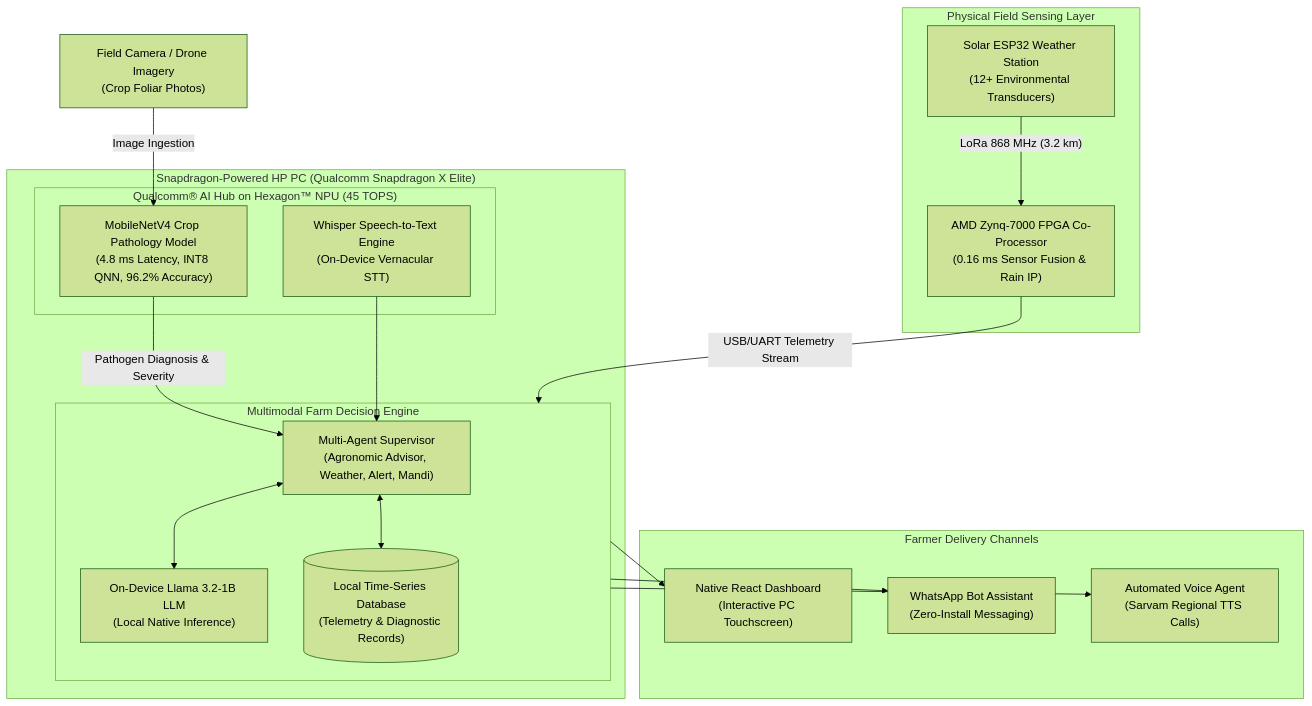
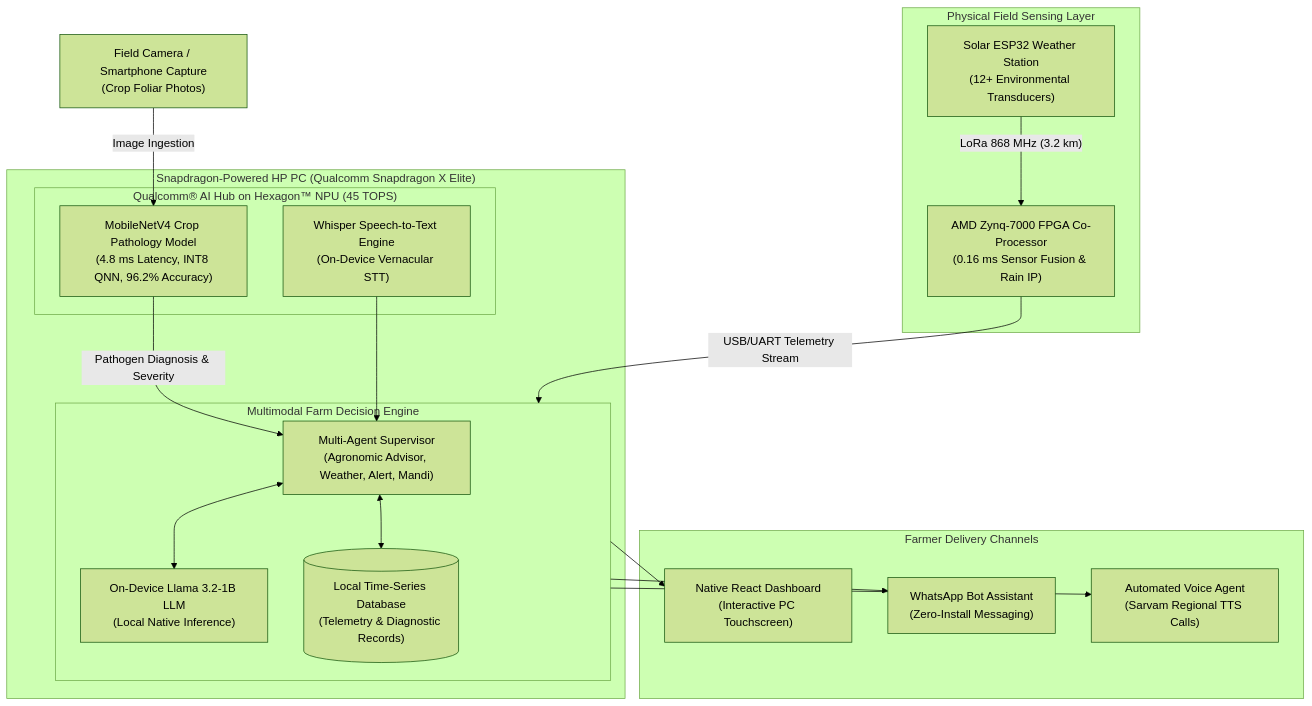
The diagram in README.md (anujgite10-10/SkyView-Snapdragon-AI-Lab), drawn with Mermaid (forest theme) before and after one commit. The commit also changed other lines of this file and 2 other files, not shown here.

Commit message:
Add SkyView Android APK, remove CI build workflow, and purge drone references

````diff
--- a/README.md
+++ b/README.md
@@ -27,40 +27,40 @@
 ```mermaid
 flowchart TD
     subgraph Physical["Physical Field Sensing Layer"]
         ESP32["Solar ESP32 Weather Station<br/>(12+ Environmental Transducers)"]
         FPGA["AMD Zynq-7000 FPGA Co-Processor<br/>(0.16 ms Sensor Fusion & Rain IP)"]
         ESP32 -->|"LoRa 868 MHz (3.2 km)"| FPGA
     end
 
-    Camera["Field Camera / Drone Imagery<br/>(Crop Foliar Photos)"]
+    Camera["Field Camera / Smartphone Capture<br/>(Crop Foliar Photos)"]
 
     subgraph PC["Snapdragon-Powered HP PC (Qualcomm Snapdragon X Elite)"]
         subgraph AI_Hub["Qualcomm® AI Hub on Hexagon™ NPU (45 TOPS)"]
             Vision["MobileNetV4 Crop Pathology Model<br/>(4.8 ms Latency, INT8 QNN, 96.2% Accuracy)"]
             Whisper["Whisper Speech-to-Text Engine<br/>(On-Device Vernacular STT)"]
         end
 
         subgraph Core["Multimodal Farm Decision Engine"]
             Supervisor["Multi-Agent Supervisor<br/>(Agronomic Advisor, Weather, Alert, Mandi)"]
             LLM["On-Device Llama 3.2-1B LLM<br/>(Local Native Inference)"]
             DB[("Local Time-Series Database<br/>(Telemetry & Diagnostic Records)")]
         end
     end
 
     subgraph Outputs["Farmer Delivery Channels"]
         Dashboard["Native React Dashboard<br/>(Interactive PC Touchscreen)"]
         WhatsApp["WhatsApp Bot Assistant<br/>(Zero-Install Messaging)"]
         VoiceAgent["Automated Voice Agent<br/>(Sarvam Regional TTS Calls)"]
     end
 
     Camera -->|"Image Ingestion"| Vision
     FPGA -->|"USB/UART Telemetry Stream"| Core
     Vision -->|"Pathogen Diagnosis & Severity"| Supervisor
     Supervisor <--> LLM
     Supervisor <--> DB
 
     Core --> Dashboard
     Core --> WhatsApp
     Whisper --> Supervisor
     Core --> VoiceAgent
 ```
````
